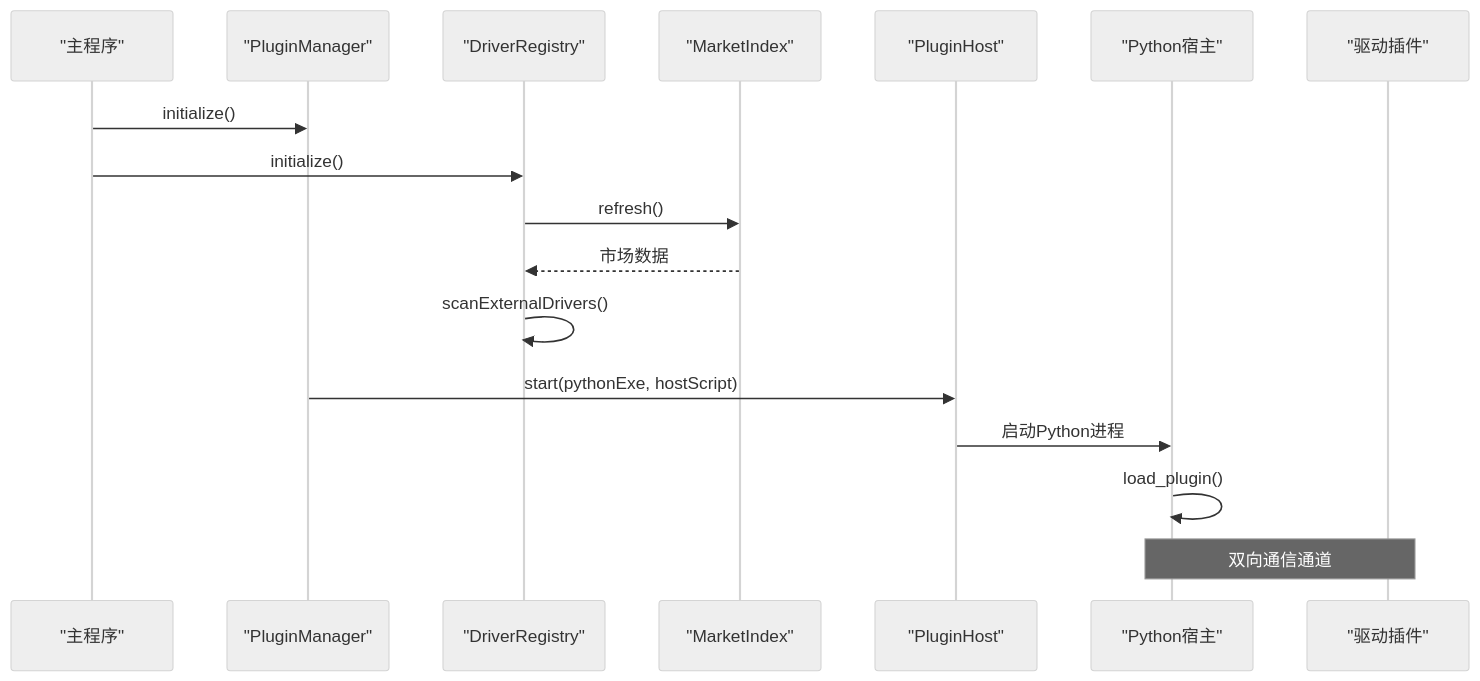
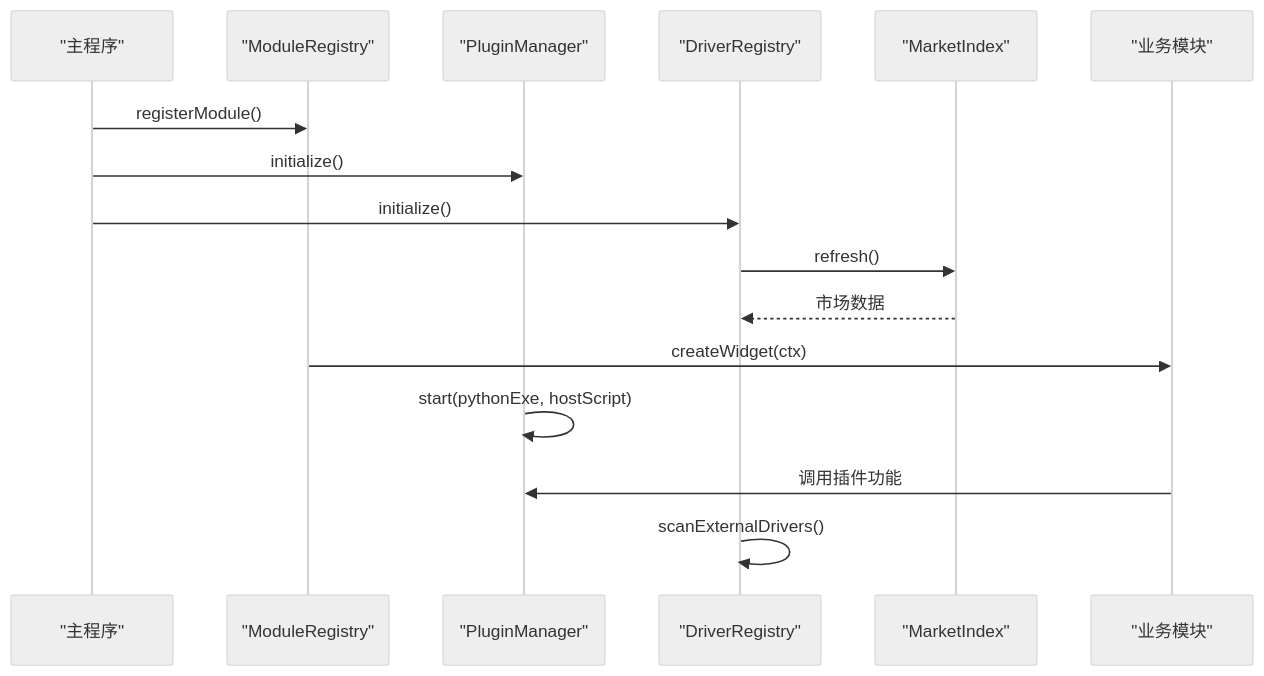
One commit to jakecai1225-design/OpenBus changed the second of 3 diagrams in .qoder/repowiki/zh/content/架构设计/插件系统架构/插件系统架构.md. Above: the diagram before and after it, drawn with Mermaid (neutral theme). The commit also changed other lines of this file and 177 other files, not shown here.

````diff
--- a/.qoder/repowiki/zh/content/架构设计/插件系统架构/插件系统架构.md
+++ b/.qoder/repowiki/zh/content/架构设计/插件系统架构/插件系统架构.md
@@ -120,19 +143,18 @@
 ```mermaid
 sequenceDiagram
 participant App as "主程序"
+participant MR as "ModuleRegistry"
 participant PM as "PluginManager"
 participant DR as "DriverRegistry"
 participant MI as "MarketIndex"
-participant PH as "PluginHost"
-participant SH as "Python宿主"
-participant D as "驱动插件"
+participant BM as "业务模块"
+App->>MR : registerModule()
 App->>PM : initialize()
 App->>DR : initialize()
 DR->>MI : refresh()
 MI-->>DR : 市场数据
+MR->>BM : createWidget(ctx)
+PM->>PM : start(pythonExe, hostScript)
+BM->>PM : 调用插件功能
 DR->>DR : scanExternalDrivers()
-PM->>PH : start(pythonExe, hostScript)
-PH->>SH : 启动Python进程
-SH->>SH : load_plugin()
-Note over SH,D : 双向通信通道
 ```
````
